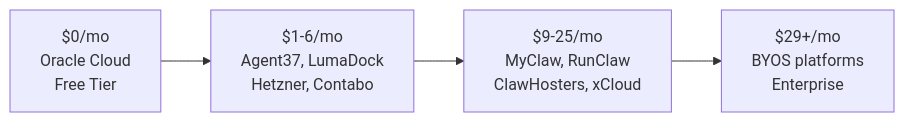
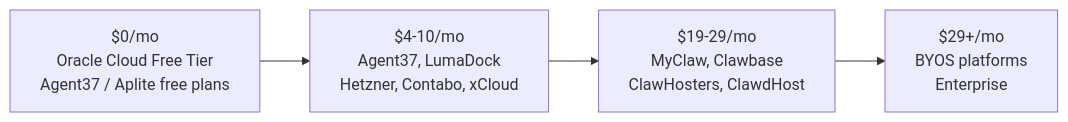
The diagram in docs/guides/hosting-providers.md (clawdocs/clawdocs.github.io), drawn with Mermaid before and after one commit. The commit also changed other lines of this file, not shown here.

````diff
--- a/docs/guides/hosting-providers.md
+++ b/docs/guides/hosting-providers.md
@@ -19,6 +24,6 @@
 ```mermaid
 flowchart LR
-    Free["$0/mo<br/>Oracle Cloud<br/>Free Tier"] --> Budget["$1-6/mo<br/>Agent37, LumaDock<br/>Hetzner, Contabo"]
-    Budget --> Mid["$9-25/mo<br/>MyClaw, RunClaw<br/>ClawHosters, xCloud"]
+    Free["$0/mo<br/>Oracle Cloud Free Tier<br/>Agent37 / Aplite free plans"] --> Budget["$4-10/mo<br/>Agent37, LumaDock<br/>Hetzner, Contabo, xCloud"]
+    Budget --> Mid["$19-29/mo<br/>MyClaw, Clawbase<br/>ClawHosters, ClawdHost"]
     Mid --> Premium["$29+/mo<br/>BYOS platforms<br/>Enterprise"]
 ```
````
